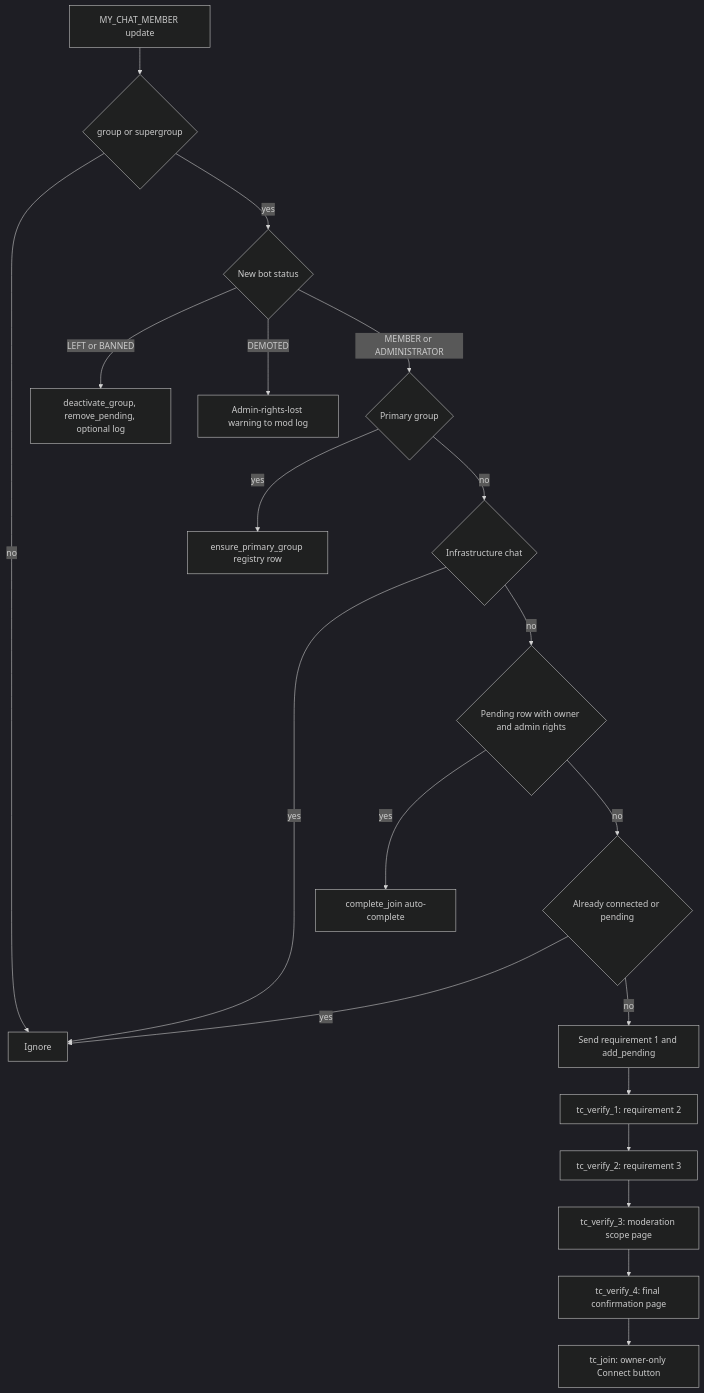
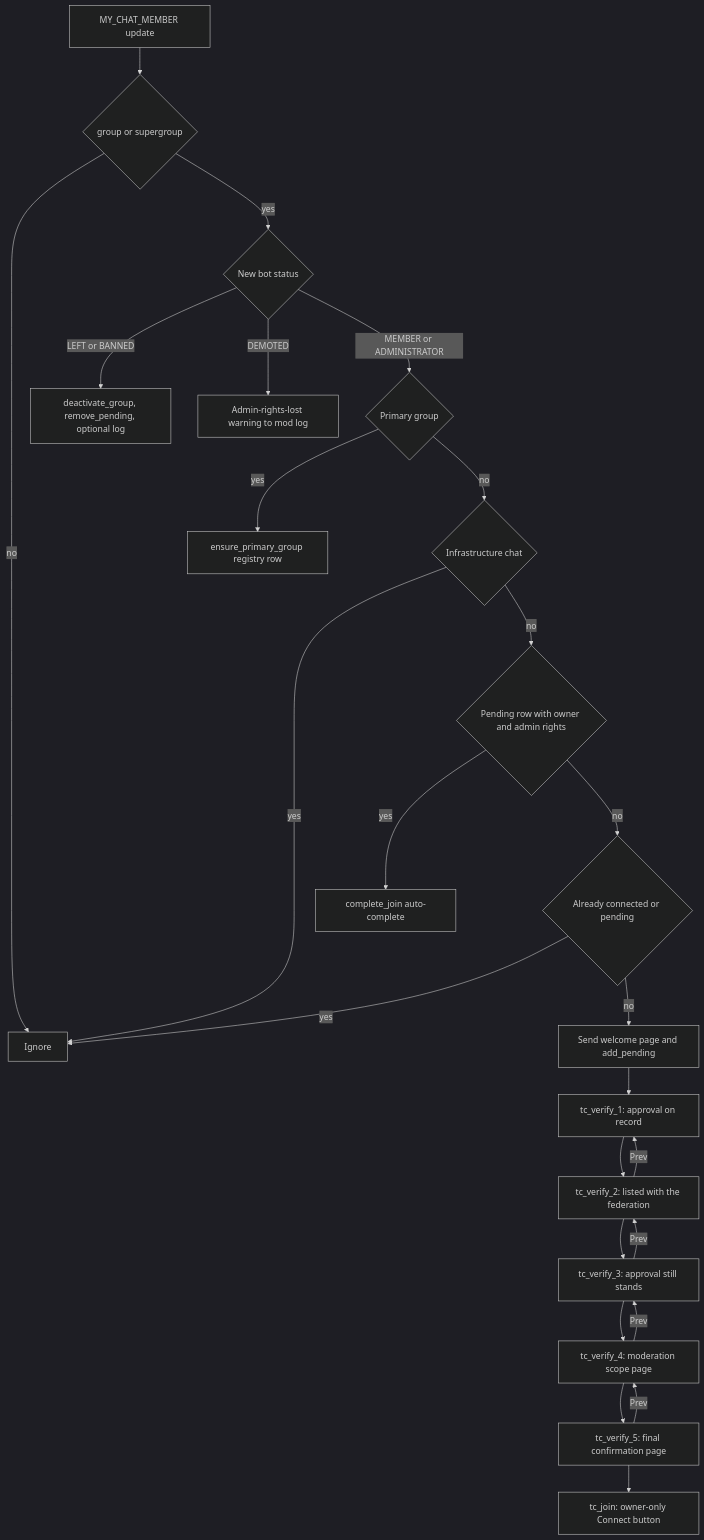
The second of 5 diagrams in docs/flows/connection.md (D1ZZY4/tcbot), drawn with Mermaid (dark theme) before and after one commit. The commit also changed other lines of this file and 10 other files, not shown here.

````diff
--- a/docs/flows/connection.md
+++ b/docs/flows/connection.md
@@ -60,22 +60,27 @@
 ```mermaid
 flowchart TD
     E[MY_CHAT_MEMBER update] --> TYPE{group or supergroup}
     TYPE -->|no| IGNORE[Ignore]
     TYPE -->|yes| ST{New bot status}
     ST -->|LEFT or BANNED| DEACT[deactivate_group, remove_pending, optional log]
     ST -->|DEMOTED| WARN[Admin-rights-lost warning to mod log]
     ST -->|MEMBER or ADMINISTRATOR| PRIM{Primary group}
     PRIM -->|yes| ENSURE[ensure_primary_group registry row]
     PRIM -->|no| INFRA{Infrastructure chat}
     INFRA -->|yes| IGNORE
     INFRA -->|no| PENDING{Pending row with owner and admin rights}
     PENDING -->|yes| AUTO[complete_join auto-complete]
     PENDING -->|no| DUP{Already connected or pending}
     DUP -->|yes| IGNORE
-    DUP -->|no| PROMPT[Send requirement 1 and add_pending]
-    PROMPT --> V2["tc_verify_1: requirement 2"]
-    V2 --> V3["tc_verify_2: requirement 3"]
-    V3 --> SCOPE["tc_verify_3: moderation scope page"]
-    SCOPE --> FINAL["tc_verify_4: final confirmation page"]
+    DUP -->|no| PROMPT[Send welcome page and add_pending]
+    PROMPT --> V1["tc_verify_1: approval on record"]
+    V1 --> V2["tc_verify_2: listed with the federation"]
+    V2 --> V3["tc_verify_3: approval still stands"]
+    V3 --> SCOPE["tc_verify_4: moderation scope page"]
+    SCOPE --> FINAL["tc_verify_5: final confirmation page"]
     FINAL --> CONNECT["tc_join: owner-only Connect button"]
+    V2 -->|Prev| V1
+    V3 -->|Prev| V2
+    SCOPE -->|Prev| V3
+    FINAL -->|Prev| SCOPE
 ```
````
